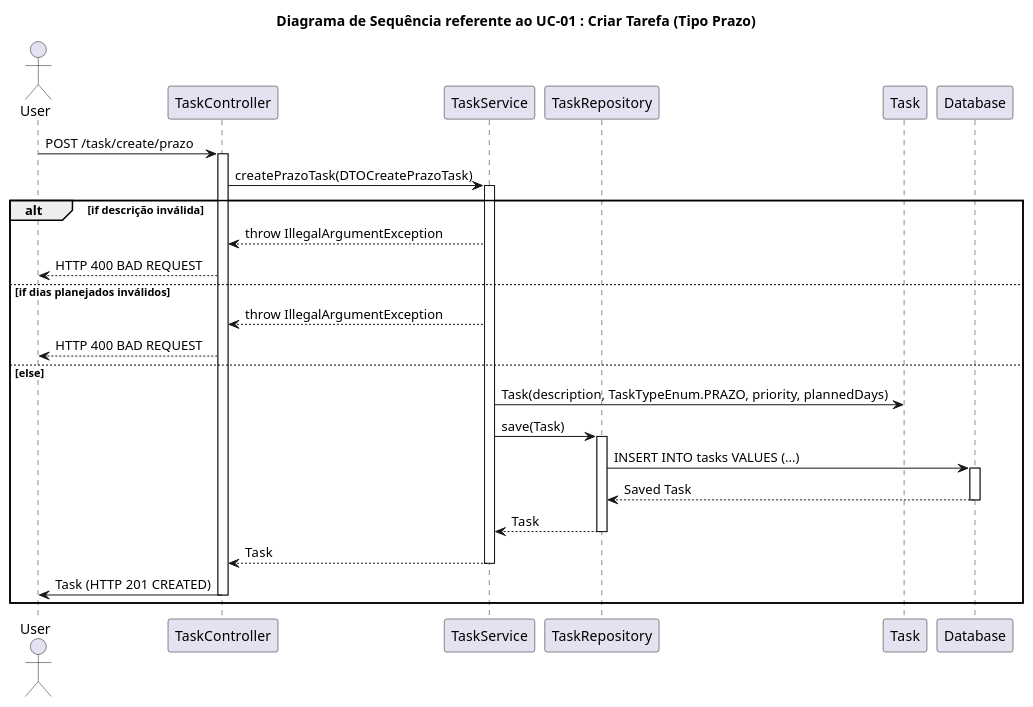
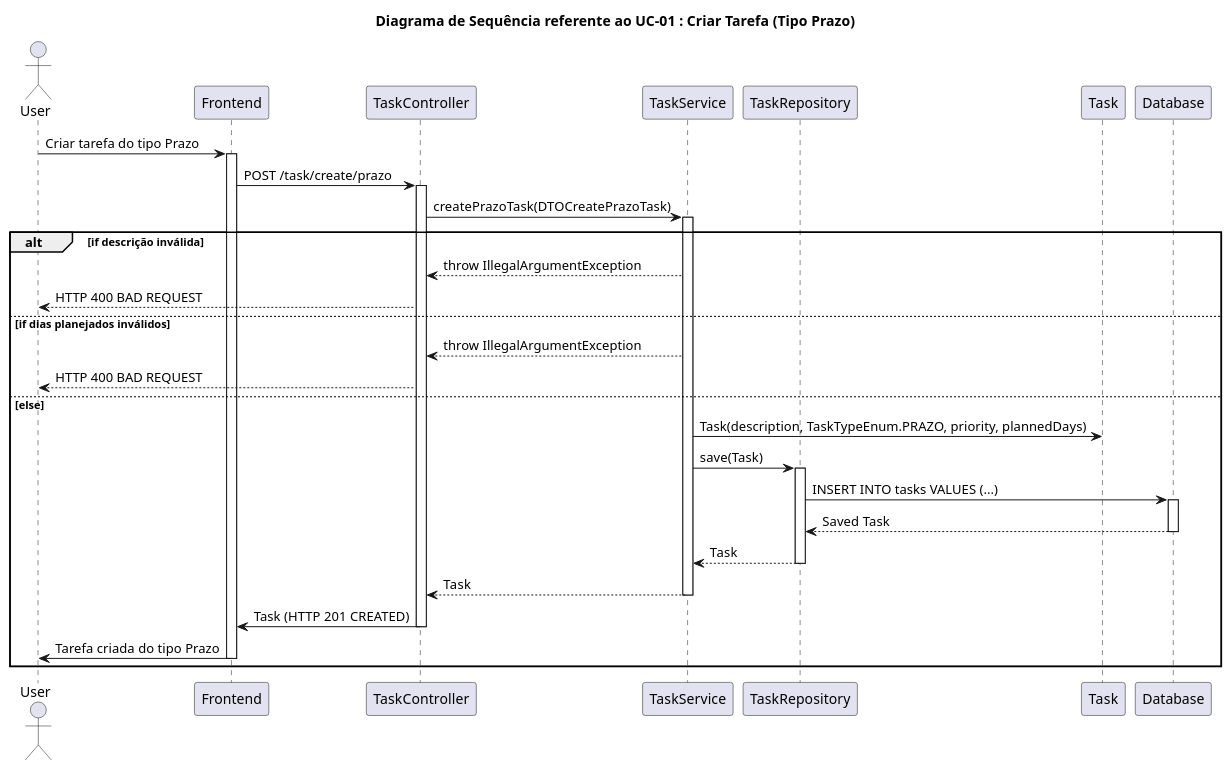
The diagram in docs/diagramas_sequencia/diagramaSequenciaUC01_TaskPrazo.puml (henriquedani/ToDoList_LabDesSoft), drawn with PlantUML before and after one commit. The commit also changed 5 other files, not shown here.

Commit message:
Adição front nos diagramas de sequência

```diff
--- a/docs/diagramas_sequencia/diagramaSequenciaUC01_TaskPrazo.puml
+++ b/docs/diagramas_sequencia/diagramaSequenciaUC01_TaskPrazo.puml
@@ -1,36 +1,41 @@
 @startuml diagramaSequenciaUC01_TaskPrazo.puml
 title Diagrama de Sequência referente ao UC-01 : Criar Tarefa (Tipo Prazo)
 
 actor User
+participant Frontend
 participant TaskController
 participant TaskService
 participant TaskRepository
 participant Task
 participant Database
 
-User -> TaskController: POST /task/create/prazo
+User -> Frontend: Criar tarefa do tipo Prazo
+activate Frontend
+Frontend -> TaskController: POST /task/create/prazo
 activate TaskController
 TaskController -> TaskService: createPrazoTask(DTOCreatePrazoTask)
 activate TaskService
 alt if descrição inválida
     TaskService --> TaskController: throw IllegalArgumentException
     TaskController --> User: HTTP 400 BAD REQUEST
 else if dias planejados inválidos
     TaskService --> TaskController: throw IllegalArgumentException
     TaskController --> User: HTTP 400 BAD REQUEST
 else else
     TaskService -> Task: Task(description, TaskTypeEnum.PRAZO, priority, plannedDays)
     TaskService -> TaskRepository: save(Task)
     activate TaskRepository
     TaskRepository -> Database: INSERT INTO tasks VALUES (...)
     activate Database
     Database --> TaskRepository: Saved Task
     deactivate Database
     TaskRepository --> TaskService: Task
     deactivate TaskRepository
     TaskService --> TaskController: Task
     deactivate TaskService
-    TaskController -> User: Task (HTTP 201 CREATED)
+    TaskController -> Frontend: Task (HTTP 201 CREATED)
     deactivate TaskController
+    Frontend -> User: Tarefa criada do tipo Prazo
+    deactivate Frontend
 end
 @enduml
```
